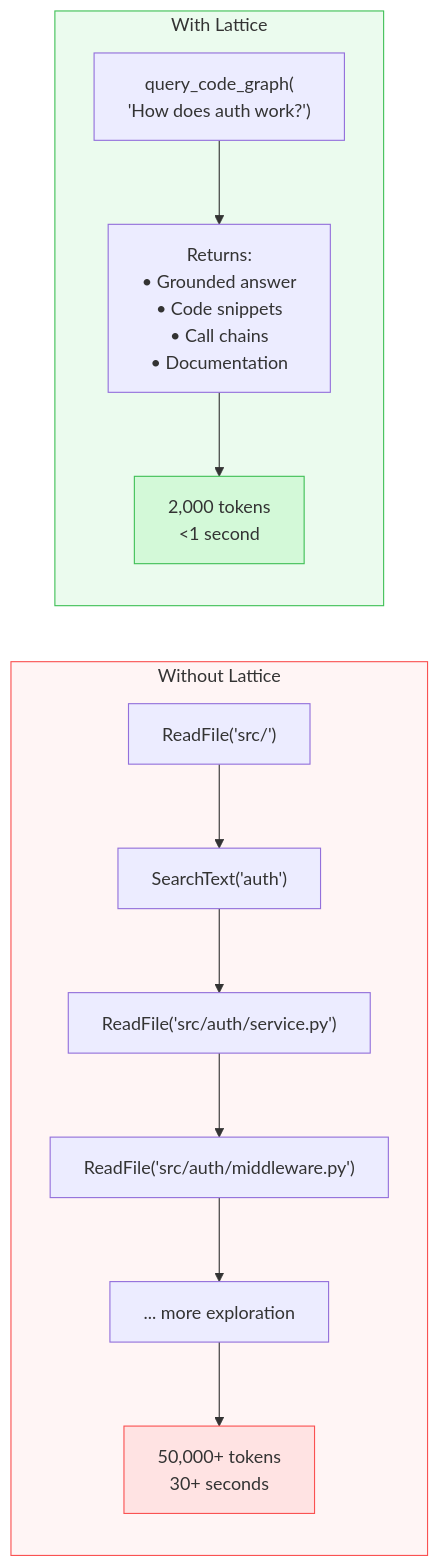
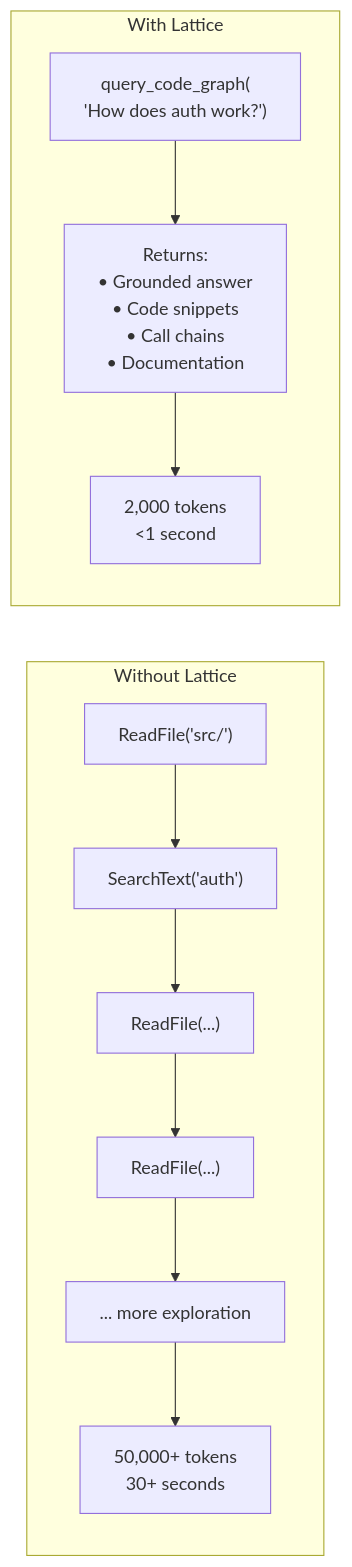
Before and after one commit to iAmLakshya/Lattice: the fifth of 8 diagrams in README.md, drawn with Mermaid. The commit also changed other lines of this file, not shown here.

````diff
--- a/README.md
+++ b/README.md
@@ -583,26 +546,21 @@
 ```mermaid
 flowchart LR
     subgraph without["Without Lattice"]
         direction TB
         w1["ReadFile('src/')"]
         w2["SearchText('auth')"]
-        w3["ReadFile('src/auth/service.py')"]
-        w4["ReadFile('src/auth/middleware.py')"]
+        w3["ReadFile(...)"]
+        w4["ReadFile(...)"]
         w5["... more exploration"]
-        w6["50,000+ tokens<br/>30+ seconds"]
+        w6["50,000+ tokens\n30+ seconds"]
         w1 --> w2 --> w3 --> w4 --> w5 --> w6
     end
 
     subgraph with["With Lattice"]
         direction TB
-        l1["query_code_graph(<br/>'How does auth work?')"]
-        l2["Returns:<br/>• Grounded answer<br/>• Code snippets<br/>• Call chains<br/>• Documentation"]
-        l3["2,000 tokens<br/><1 second"]
+        l1["query_code_graph(\n'How does auth work?')"]
+        l2["Returns:\n• Grounded answer\n• Code snippets\n• Call chains\n• Documentation"]
+        l3["2,000 tokens\n<1 second"]
         l1 --> l2 --> l3
     end
-
-    style without fill:#fff5f5,stroke:#fa5252
-    style with fill:#ebfbee,stroke:#40c057
-    style w6 fill:#ffe3e3,stroke:#fa5252
-    style l3 fill:#d3f9d8,stroke:#40c057
 ```
````
